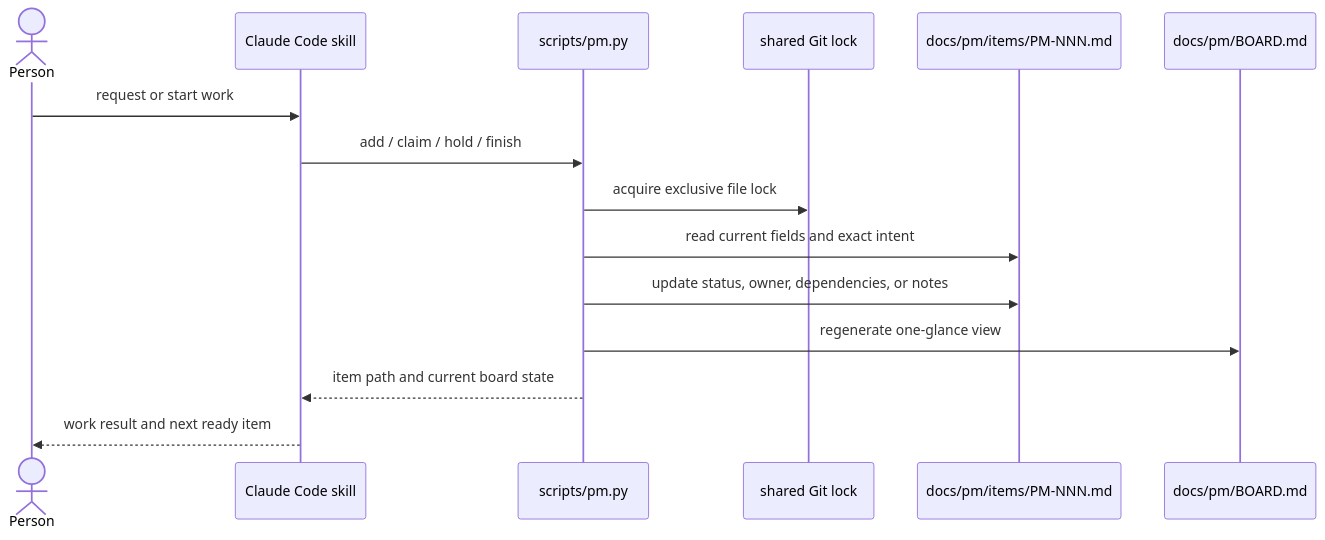
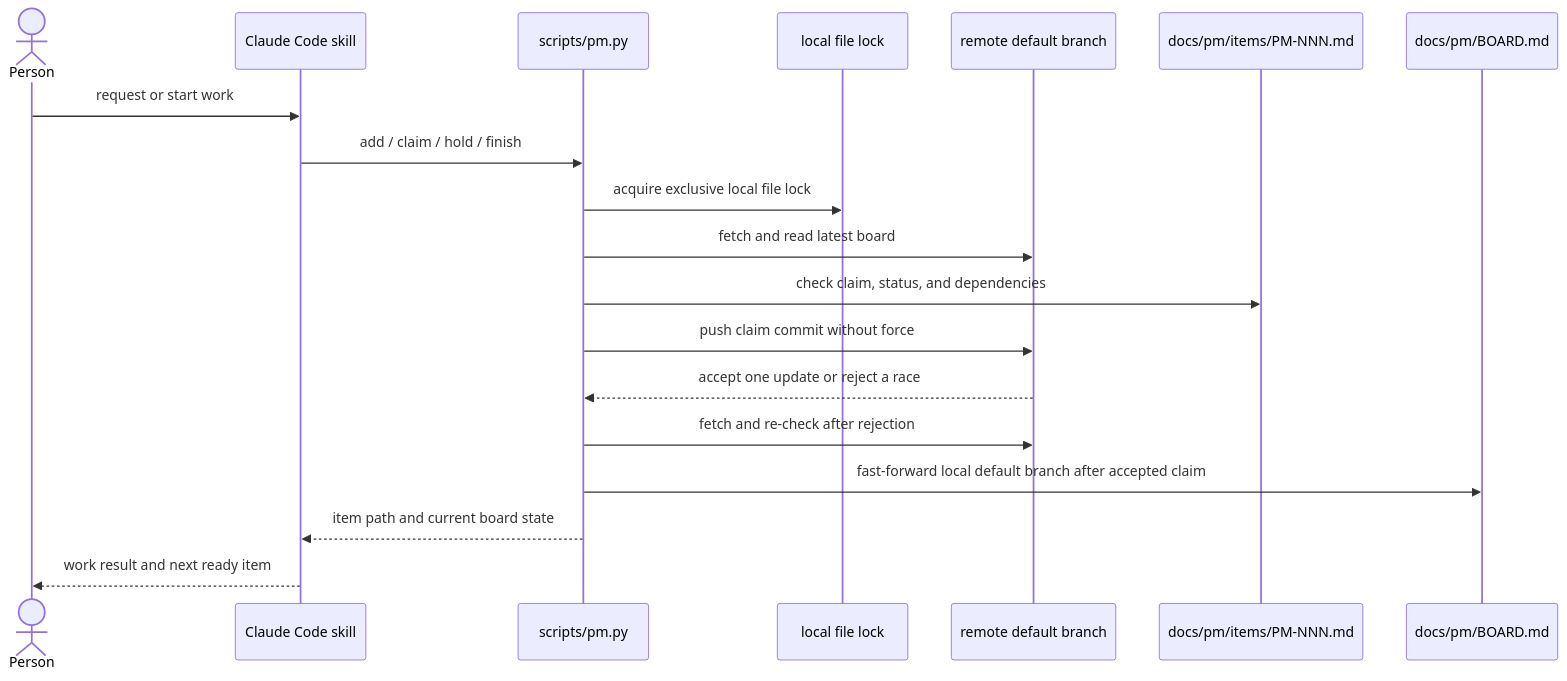
One commit to yehezkieled/pm-plugin changed the second of 2 diagrams in docs/architecture.md. Above: the diagram before and after it, drawn with Mermaid. The commit also changed other lines of this file and 4 other files, not shown here.

Commit message:
Coordinate claims through the shared default branch

````diff
--- a/docs/architecture.md
+++ b/docs/architecture.md
@@ -26,17 +26,21 @@
 ```mermaid
 sequenceDiagram
   actor Person
   participant Skill as Claude Code skill
   participant CLI as scripts/pm.py
-  participant Lock as shared Git lock
+  participant Lock as local file lock
+  participant Remote as remote default branch
   participant Item as docs/pm/items/PM-NNN.md
   participant Board as docs/pm/BOARD.md
   Person->>Skill: request or start work
   Skill->>CLI: add / claim / hold / finish
-  CLI->>Lock: acquire exclusive file lock
-  CLI->>Item: read current fields and exact intent
-  CLI->>Item: update status, owner, dependencies, or notes
-  CLI->>Board: regenerate one-glance view
+  CLI->>Lock: acquire exclusive local file lock
+  CLI->>Remote: fetch and read latest board
+  CLI->>Item: check claim, status, and dependencies
+  CLI->>Remote: push claim commit without force
+  Remote-->>CLI: accept one update or reject a race
+  CLI->>Remote: fetch and re-check after rejection
+  CLI->>Board: fast-forward local default branch after accepted claim
   CLI-->>Skill: item path and current board state
   Skill-->>Person: work result and next ready item
 ```
````
